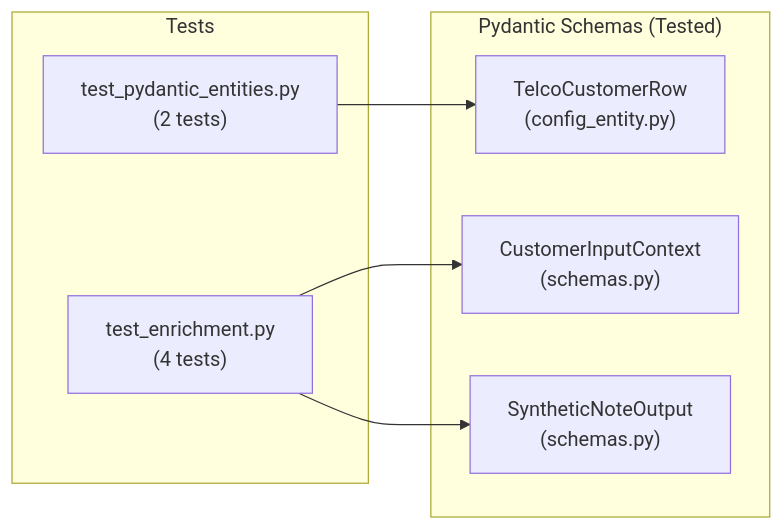
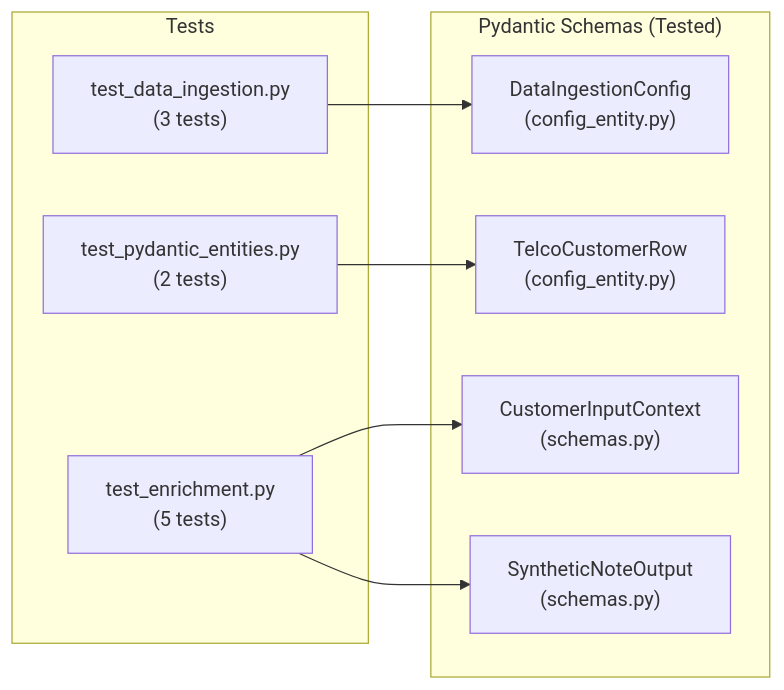
The diagram in reports/docs/runbooks/test_suite.md (SebastianGarrido2790/ai-ml-telecom-customer-churn), drawn with Mermaid before and after one commit. The commit also changed other lines of this file and 11 other files, not shown here.

First line of the commit message:
[FEAT]: Implement Stage 00 (Data Ingestion) and update architecture docs

````diff
--- a/reports/docs/runbooks/test_suite.md
+++ b/reports/docs/runbooks/test_suite.md
@@ -103,17 +140,20 @@
 ```mermaid
 graph LR
     subgraph "Pydantic Schemas (Tested)"
+        DataIngestionConfig["DataIngestionConfig\n(config_entity.py)"]
         TelcoCustomerRow["TelcoCustomerRow\n(config_entity.py)"]
         CustomerInputContext["CustomerInputContext\n(schemas.py)"]
         SyntheticNoteOutput["SyntheticNoteOutput\n(schemas.py)"]
     end
 
     subgraph "Tests"
+        T0["test_data_ingestion.py\n(3 tests)"]
         T1["test_pydantic_entities.py\n(2 tests)"]
-        T2["test_enrichment.py\n(4 tests)"]
+        T2["test_enrichment.py\n(5 tests)"]
     end
 
+    T0 --> DataIngestionConfig
     T1 --> TelcoCustomerRow
     T2 --> CustomerInputContext
     T2 --> SyntheticNoteOutput
 ```
````
